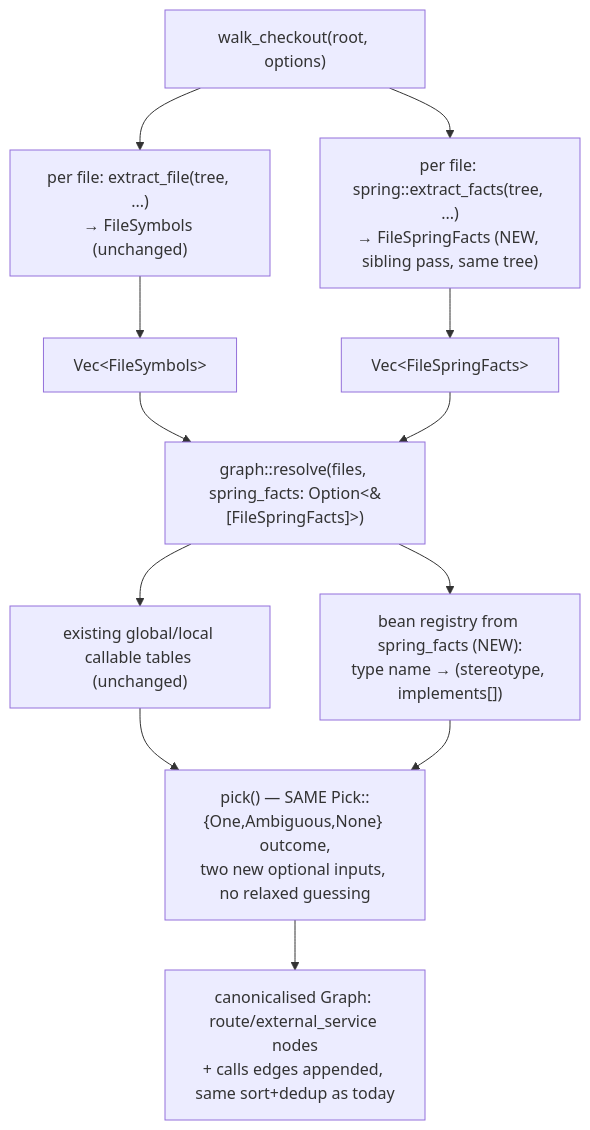
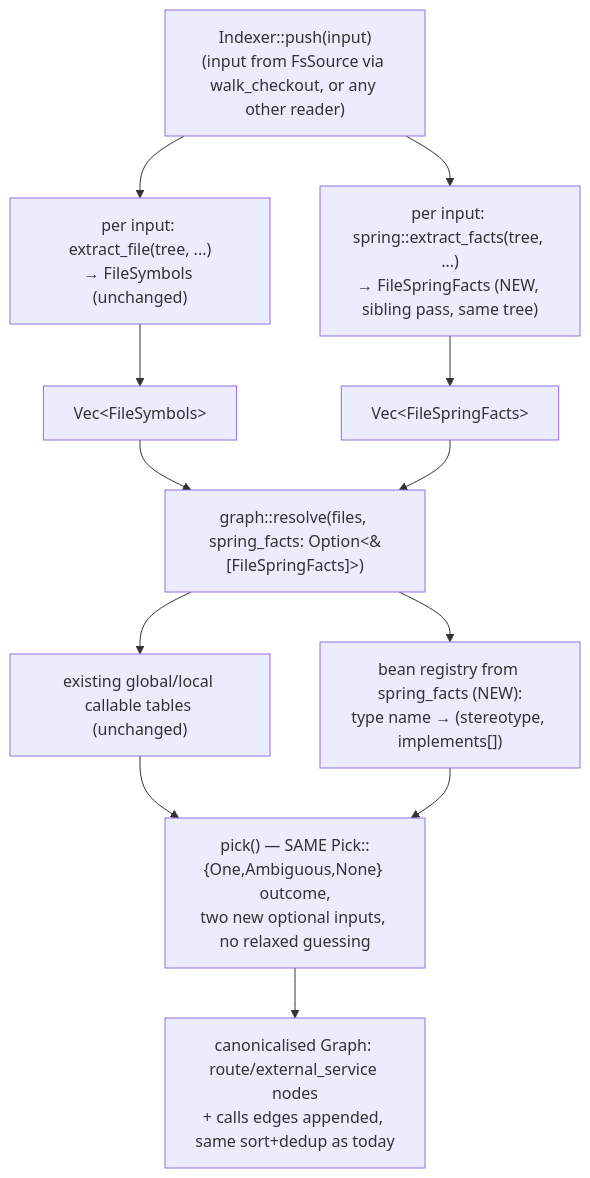
The diagram in docs/design/spring-aware-graph.md (ADORSYS-GIS/lci-codegraph), drawn with Mermaid before and after one commit. The commit also changed 13 other files, not shown here.

First line of the commit message:
feat!: index raw inputs; the filesystem checkout is one reader (#15)

````diff
--- a/docs/design/spring-aware-graph.md
+++ b/docs/design/spring-aware-graph.md
@@ -190,14 +190,14 @@
 ```mermaid
 flowchart TD
-    A["walk_checkout(root, options)"] --> B["per file: extract_file(tree, ...)<br/>→ FileSymbols (unchanged)"]
-    A --> C["per file: spring::extract_facts(tree, ...)<br/>→ FileSpringFacts (NEW, sibling pass, same tree)"]
+    A["Indexer::push(input)<br/>(input from FsSource via walk_checkout, or any other reader)"] --> B["per input: extract_file(tree, ...)<br/>→ FileSymbols (unchanged)"]
+    A --> C["per input: spring::extract_facts(tree, ...)<br/>→ FileSpringFacts (NEW, sibling pass, same tree)"]
     B --> D["Vec&lt;FileSymbols&gt;"]
     C --> E["Vec&lt;FileSpringFacts&gt;"]
     D --> F["graph::resolve(files, spring_facts: Option&lt;&amp;[FileSpringFacts]&gt;)"]
     E --> F
     F --> G["existing global/local callable tables (unchanged)"]
     F --> H["bean registry from spring_facts (NEW):<br/>type name → (stereotype, implements[])"]
     G --> I["pick() — SAME Pick::{One,Ambiguous,None} outcome,<br/>two new optional inputs, no relaxed guessing"]
     H --> I
     I --> J["canonicalised Graph: route/external_service nodes<br/>+ calls edges appended, same sort+dedup as today"]
 ```
````
